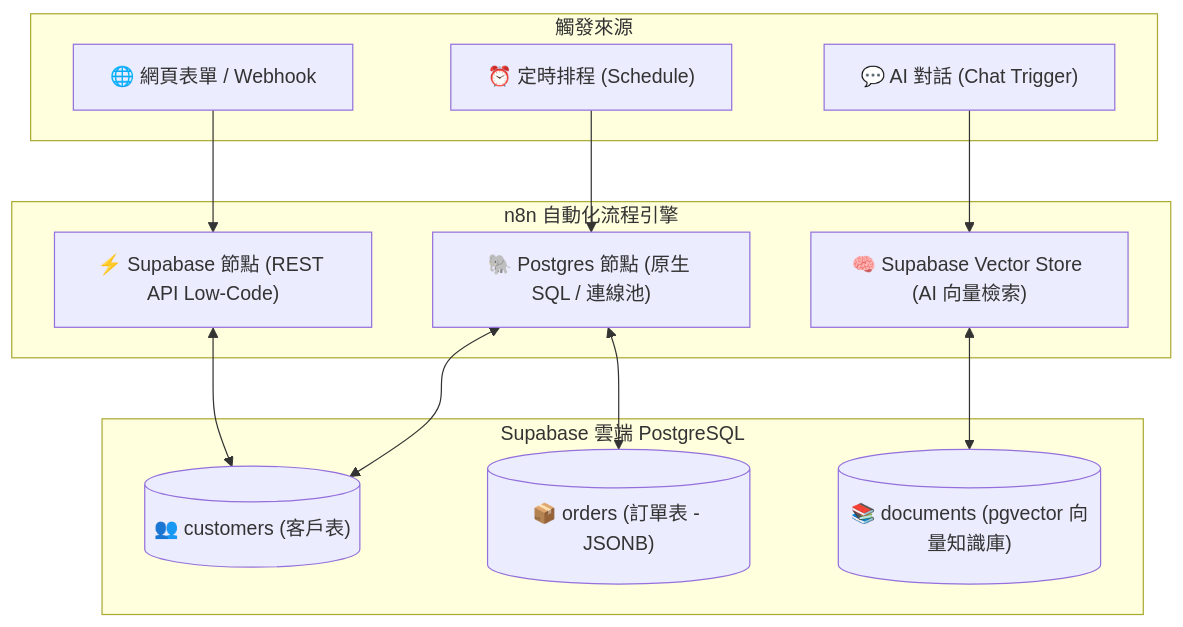
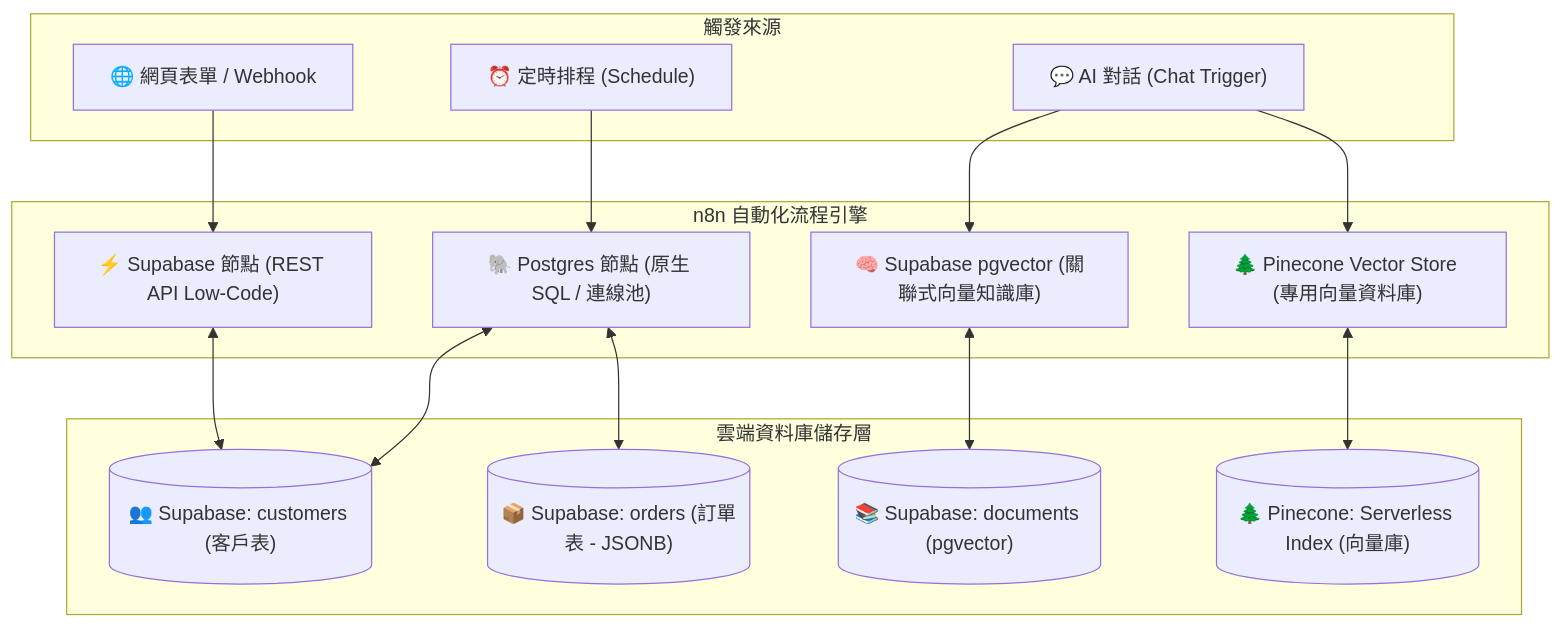
One commit to roberthsu2003/n8n changed the diagram in 雲端資料庫整合/README.md. Above: the diagram before and after it, drawn with Mermaid. The commit also changed other lines of this file and 3 other files, not shown here.

````diff
--- a/雲端資料庫整合/README.md
+++ b/雲端資料庫整合/README.md
@@ -23,29 +24,33 @@
 ```mermaid
 flowchart TD
     subgraph Client_Trigger["觸發來源"]
         Webform["🌐 網頁表單 / Webhook"]
         Timer["⏰ 定時排程 (Schedule)"]
         Chat["💬 AI 對話 (Chat Trigger)"]
     end
 
     subgraph n8n_Core["n8n 自動化流程引擎"]
         PostgresNode["🐘 Postgres 節點 (原生 SQL / 連線池)"]
         SupabaseNode["⚡ Supabase 節點 (REST API Low-Code)"]
-        VectorNode["🧠 Supabase Vector Store (AI 向量檢索)"]
+        SupabaseVector["🧠 Supabase pgvector (關聯式向量知識庫)"]
+        PineconeVector["🌲 Pinecone Vector Store (專用向量資料庫)"]
     end
 
-    subgraph Supabase_Cloud["Supabase 雲端 PostgreSQL"]
-        CustomersTable[("👥 customers (客戶表)")]
-        OrdersTable[("📦 orders (訂單表 - JSONB)")]
-        VectorTable[("📚 documents (pgvector 向量知識庫)")]
+    subgraph Cloud_Databases["雲端資料庫儲存層"]
+        CustomersTable[("👥 Supabase: customers (客戶表)")]
+        OrdersTable[("📦 Supabase: orders (訂單表 - JSONB)")]
+        SupabaseVectorTable[("📚 Supabase: documents (pgvector)")]
+        PineconeIndex[("🌲 Pinecone: Serverless Index (向量庫)")]
     end
 
     Webform --> SupabaseNode
     Timer --> PostgresNode
-    Chat --> VectorNode
+    Chat --> SupabaseVector
+    Chat --> PineconeVector
 
     PostgresNode <--> CustomersTable
     PostgresNode <--> OrdersTable
     SupabaseNode <--> CustomersTable
-    VectorNode <--> VectorTable
+    SupabaseVector <--> SupabaseVectorTable
+    PineconeVector <--> PineconeIndex
 ```
````
